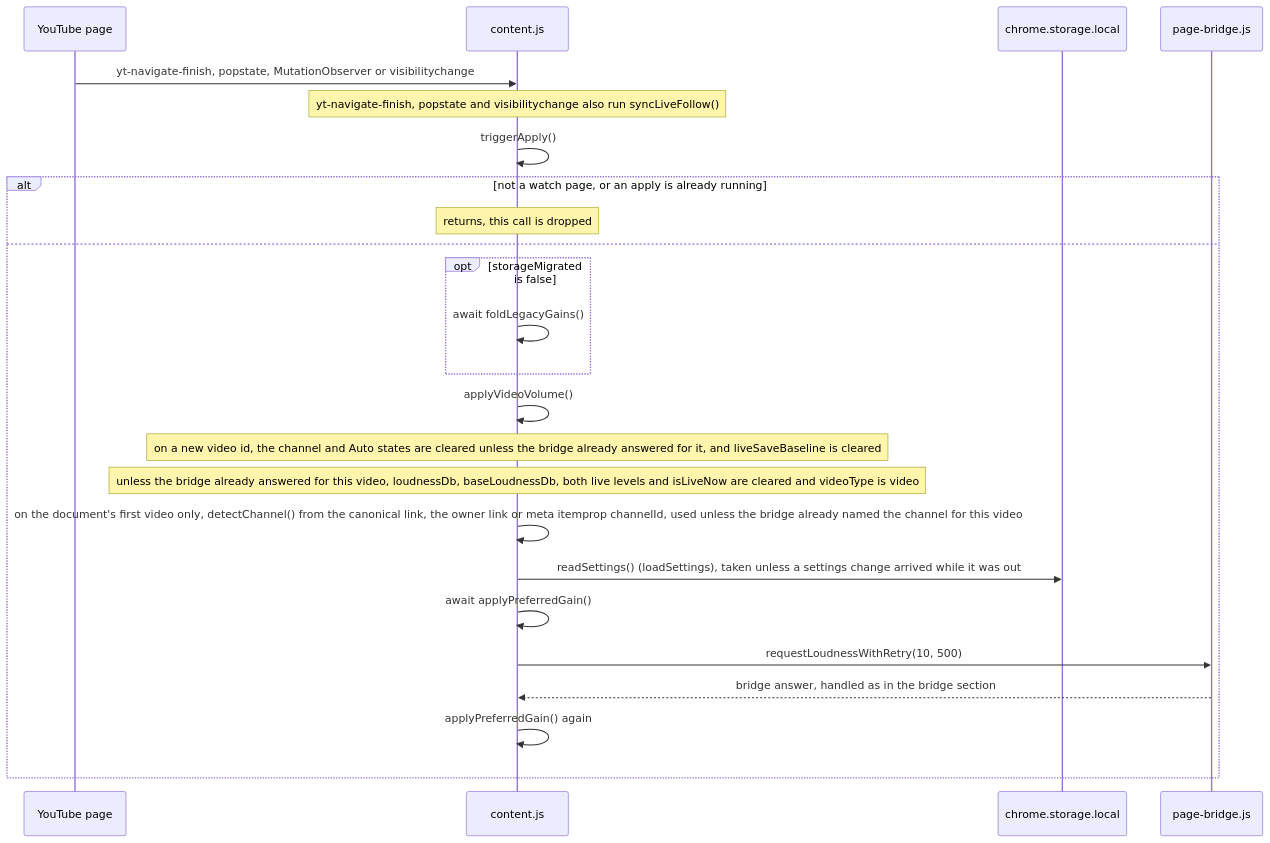
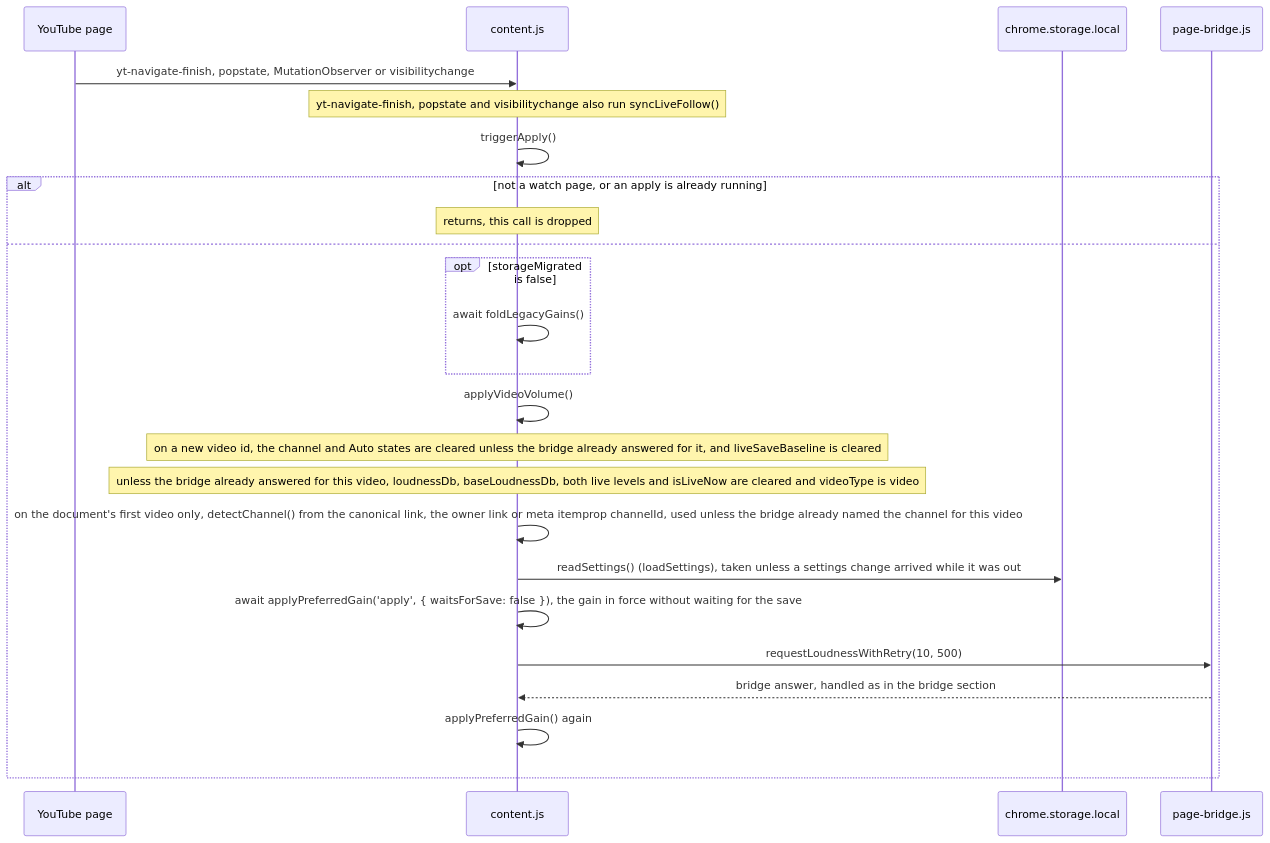
The tenth of 14 diagrams in docs/gain-change-and-save.md (semnil/yt-channel-volume), drawn with Mermaid before and after one commit. The commit also changed other lines of this file and 5 other files, not shown here.

Commit message:
fix: let a navigation during Auto's own save or the live save reach the new video, and store Auto's gain when a playing video is unmuted

````diff
--- a/docs/gain-change-and-save.md
+++ b/docs/gain-change-and-save.md
@@ -526,26 +528,26 @@
 ```mermaid
 sequenceDiagram
   participant Y as YouTube page
   participant C as content.js
   participant S as chrome.storage.local
   participant B as page-bridge.js
   Y->>C: yt-navigate-finish, popstate, MutationObserver or visibilitychange
   Note over C: yt-navigate-finish, popstate and visibilitychange also run syncLiveFollow()
   C->>C: triggerApply()
   alt not a watch page, or an apply is already running
     Note over C: returns, this call is dropped
   else
     opt storageMigrated is false
       C->>C: await foldLegacyGains()
     end
     C->>C: applyVideoVolume()
     Note over C: on a new video id, the channel and Auto states are cleared unless the bridge already answered for it, and liveSaveBaseline is cleared
     Note over C: unless the bridge already answered for this video, loudnessDb, baseLoudnessDb, both live levels and isLiveNow are cleared and videoType is video
     C->>C: on the document's first video only, detectChannel() from the canonical link, the owner link or meta itemprop channelId, used unless the bridge already named the channel for this video
     C->>S: readSettings() (loadSettings), taken unless a settings change arrived while it was out
-    C->>C: await applyPreferredGain()
+    C->>C: await applyPreferredGain('apply', { waitsForSave: false }), the gain in force without waiting for the save
     C->>B: requestLoudnessWithRetry(10, 500)
     B-->>C: bridge answer, handled as in the bridge section
     C->>C: applyPreferredGain() again
   end
 ```
````
